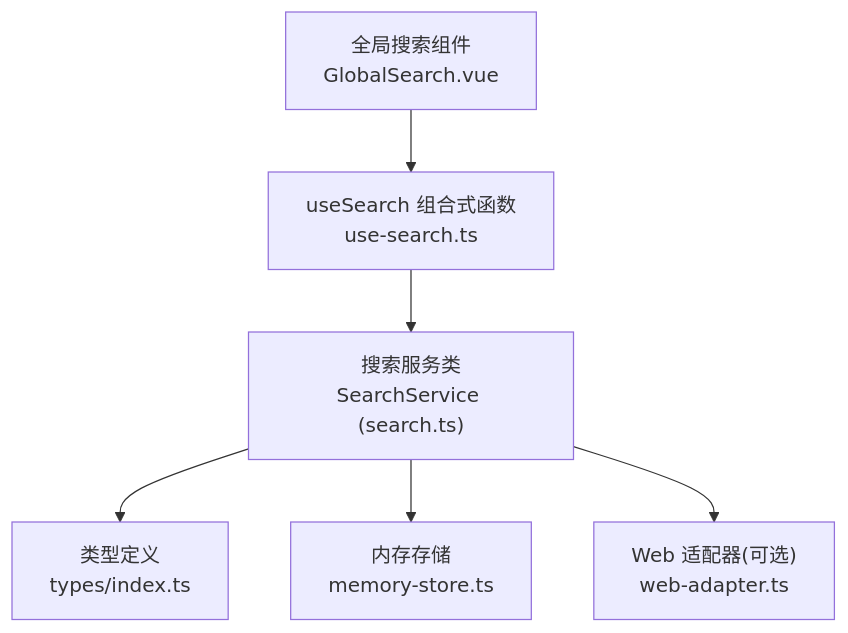
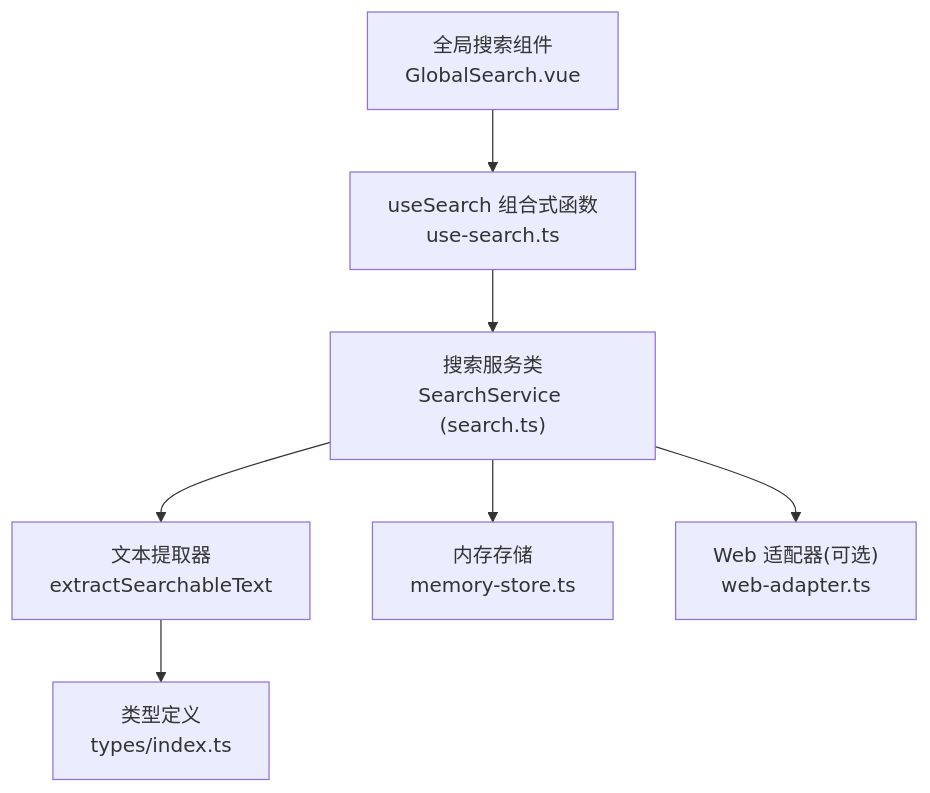
One commit to taoweidong/Hello-Tauri changed the first of 6 diagrams in .qoder/repowiki/zh/content/核心模块/搜索服务.md. Above: the diagram before and after it, drawn with Mermaid. The commit also changed other lines of this file and 8 other files, not shown here.

````diff
--- a/.qoder/repowiki/zh/content/核心模块/搜索服务.md
+++ b/.qoder/repowiki/zh/content/核心模块/搜索服务.md
@@ -45,8 +48,9 @@
 ```mermaid
 graph TB
 UI["全局搜索组件<br/>GlobalSearch.vue"] --> Hook["useSearch 组合式函数<br/>use-search.ts"]
 Hook --> Engine["搜索服务类<br/>SearchService (search.ts)"]
-Engine --> Types["类型定义<br/>types/index.ts"]
+Engine --> Extractor["文本提取器<br/>extractSearchableText"]
+Extractor --> Types["类型定义<br/>types/index.ts"]
 Engine --> Memory["内存存储<br/>memory-store.ts"]
 Engine --> Adapter["Web 适配器(可选)<br/>web-adapter.ts"]
 ```
````
